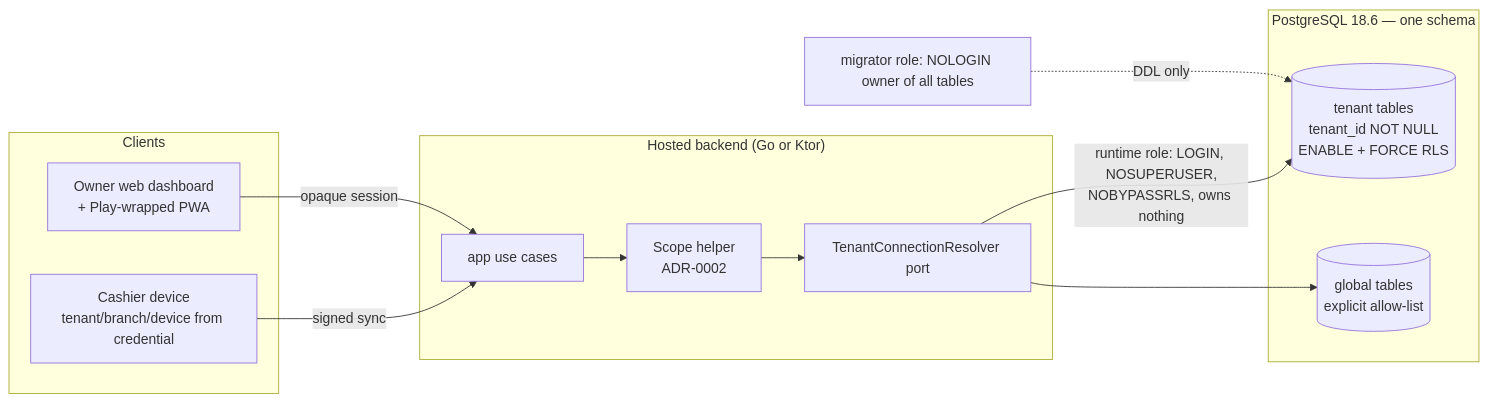
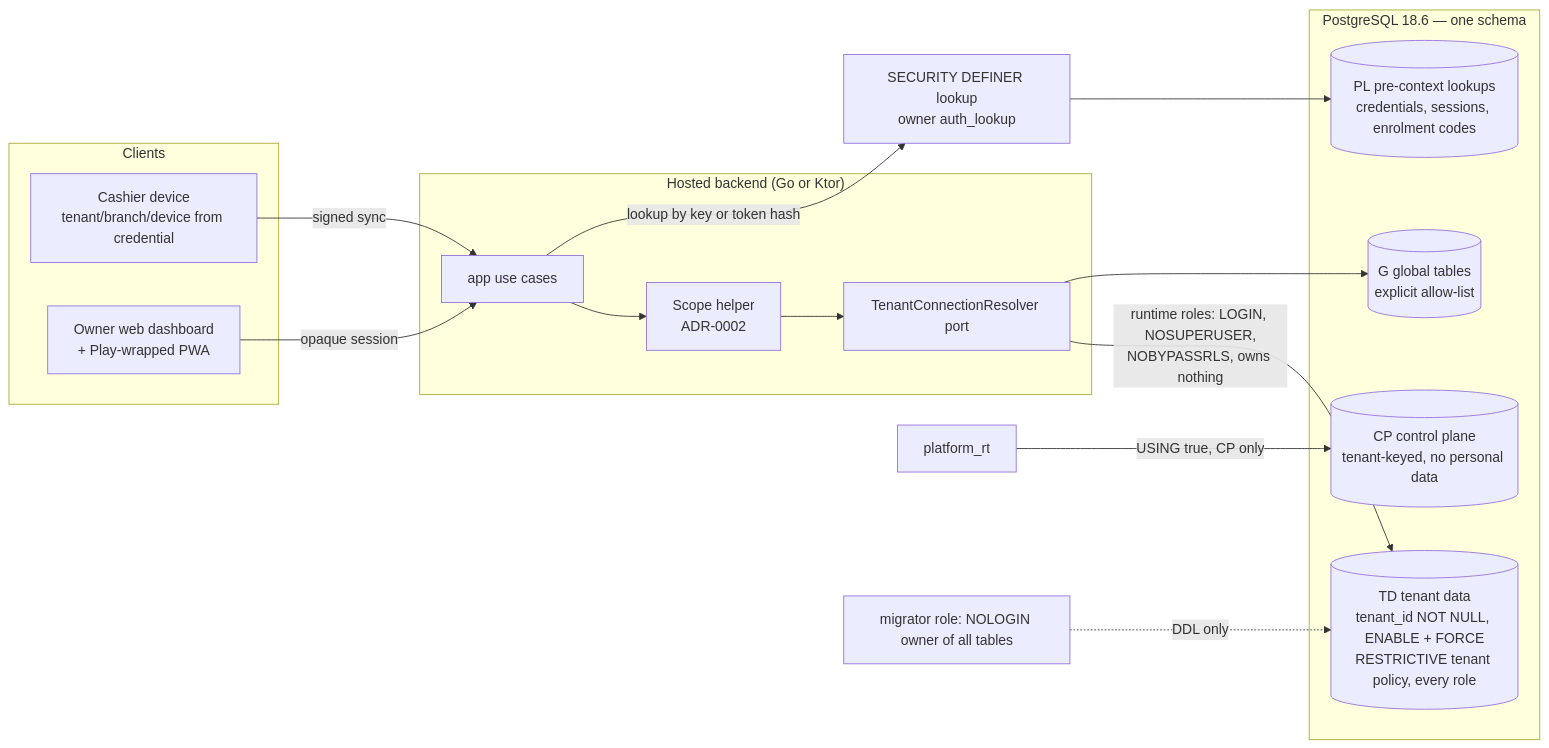
The diagram in docs/architecture/adr-0001-tenancy-model.md (Kodelix/kodeebo), drawn with Mermaid before and after one commit. The commit also changed other lines of this file and 4 other files, not shown here.

First line of the commit message:
docs: apply architecture-review fixes to ADR-0001..0004

````diff
--- a/docs/architecture/adr-0001-tenancy-model.md
+++ b/docs/architecture/adr-0001-tenancy-model.md
@@ -98,20 +134,25 @@
 ```mermaid
 flowchart LR
   subgraph Clients
     D[Cashier device<br/>tenant/branch/device from credential]
     W[Owner web dashboard<br/>+ Play-wrapped PWA]
   end
   subgraph Backend["Hosted backend (Go or Ktor)"]
     A[app use cases] --> S[Scope helper<br/>ADR-0002]
     S --> R[TenantConnectionResolver port]
   end
   subgraph PG["PostgreSQL 18.6 — one schema"]
-    T[(tenant tables<br/>tenant_id NOT NULL<br/>ENABLE + FORCE RLS)]
-    G[(global tables<br/>explicit allow-list)]
+    T[(TD tenant data<br/>tenant_id NOT NULL, ENABLE + FORCE<br/>RESTRICTIVE tenant policy, every role)]
+    C[(CP control plane<br/>tenant-keyed, no personal data)]
+    L[(PL pre-context lookups<br/>credentials, sessions, enrolment codes)]
+    G[(G global tables<br/>explicit allow-list)]
   end
   D -- signed sync --> A
   W -- opaque session --> A
-  R -- runtime role: LOGIN, NOSUPERUSER,<br/>NOBYPASSRLS, owns nothing --> T
+  A -- lookup by key or token hash --> F[SECURITY DEFINER lookup<br/>owner auth_lookup]
+  F --> L
+  R -- runtime roles: LOGIN, NOSUPERUSER,<br/>NOBYPASSRLS, owns nothing --> T
   R --> G
+  P[platform_rt] -- USING true, CP only --> C
   M[migrator role: NOLOGIN owner of all tables] -. DDL only .-> T
 ```
````
